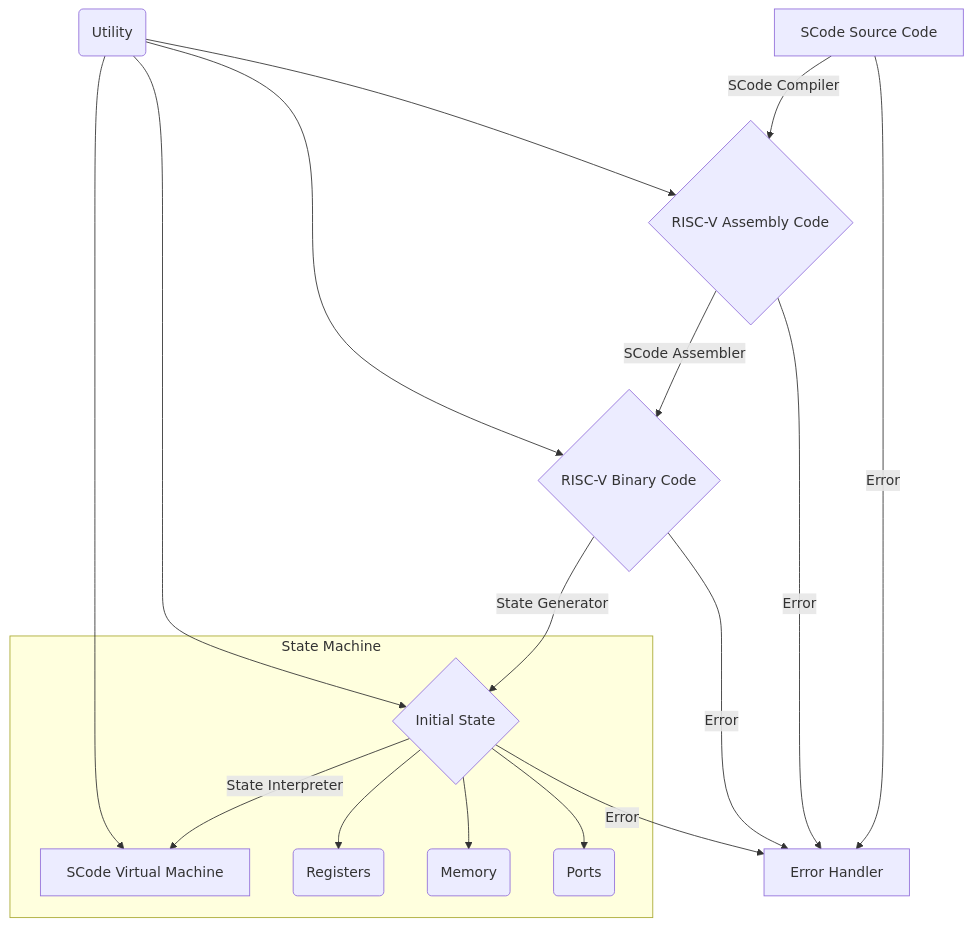
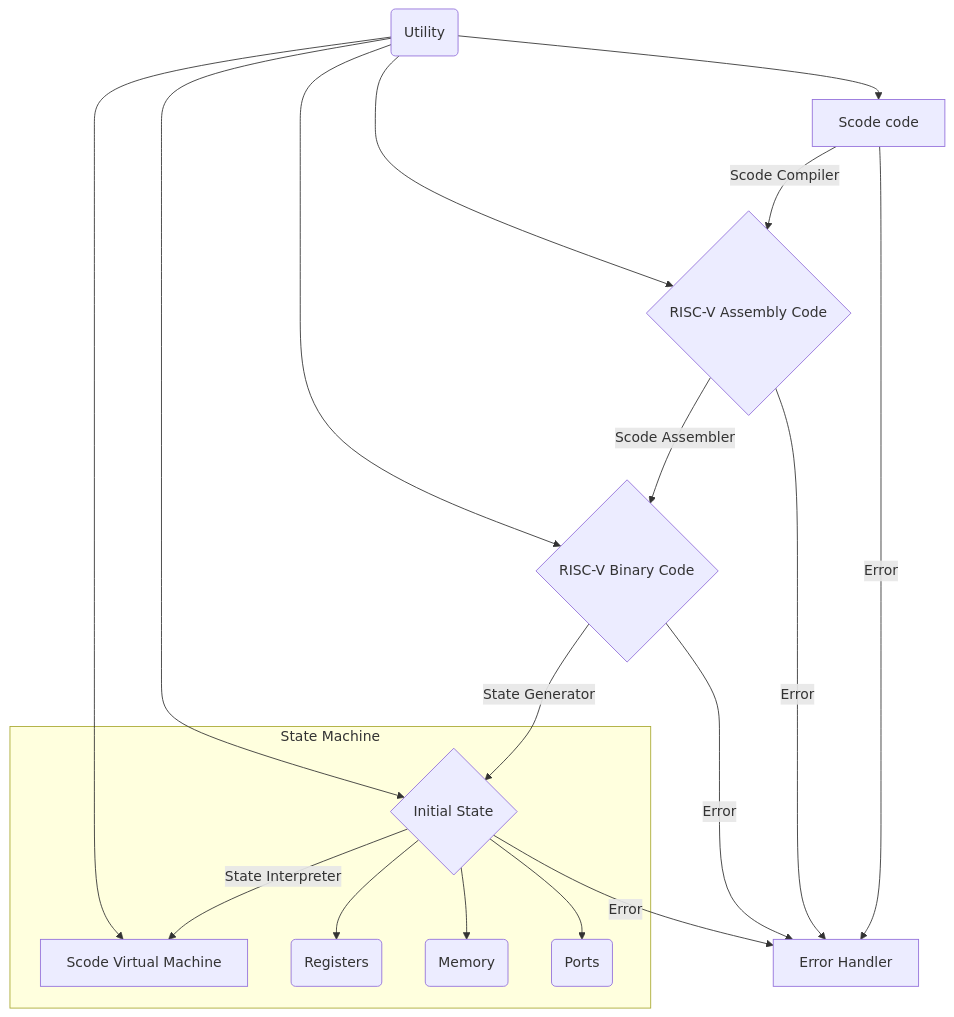
The diagram in README.md (Xiaobai2-2022/scode), drawn with Mermaid before and after one commit.

Commit message:
Fixed an error in README mermaid graph

````diff
--- a/README.md
+++ b/README.md
@@ -4,21 +4,21 @@
 ```mermaid
 flowchart TB
-
-    A[SCode Source Code]-->|SCode Compiler| B{RISC-V Assembly Code}
+    A[Scode code]-->|Scode Compiler| B{RISC-V Assembly Code}
+    J-->A
     J(Utility)-->B
     A-->|Error| D
-    B-->|SCode Assembler| C{RISC-V Binary Code}
+    B-->|Scode Assembler| C{RISC-V Binary Code}
     J-->C
     B-->|Error| D[Error Handler]
     C-->|State Generator| E{Initial State}
     J(Utility)-->E
     C-->|Error| D
     subgraph State Machine
-        E-->|State Interpreter| F[SCode Virtual Machine]
+        E-->|State Interpreter| F[Scode Virtual Machine]
         E-->G(Registers)
         E-->H(Memory)
         E-->I(Ports)
     end
     J-->F
     E-->|Error| D
 ```
````
